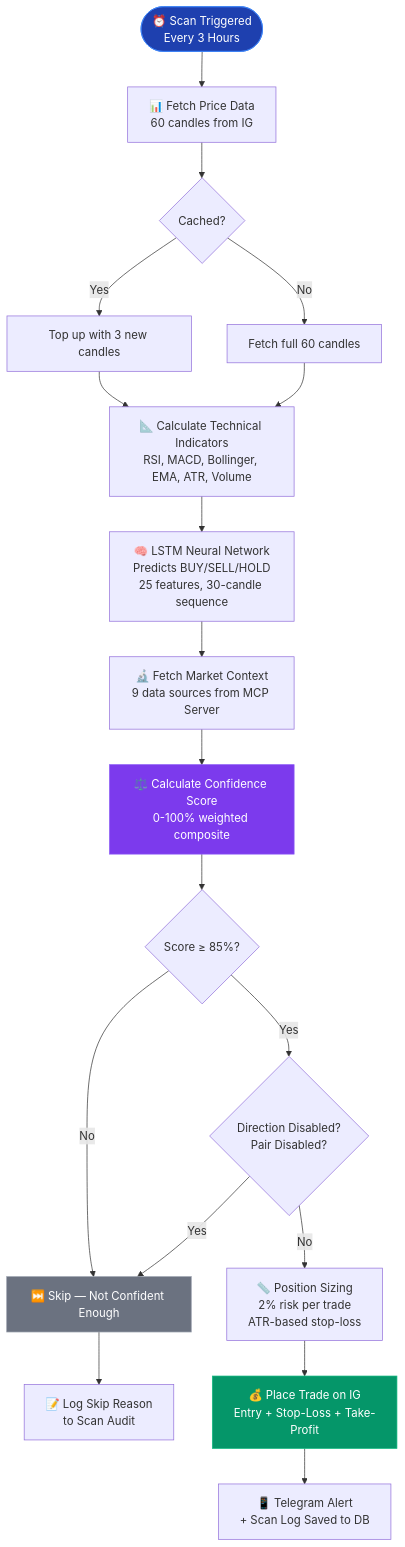
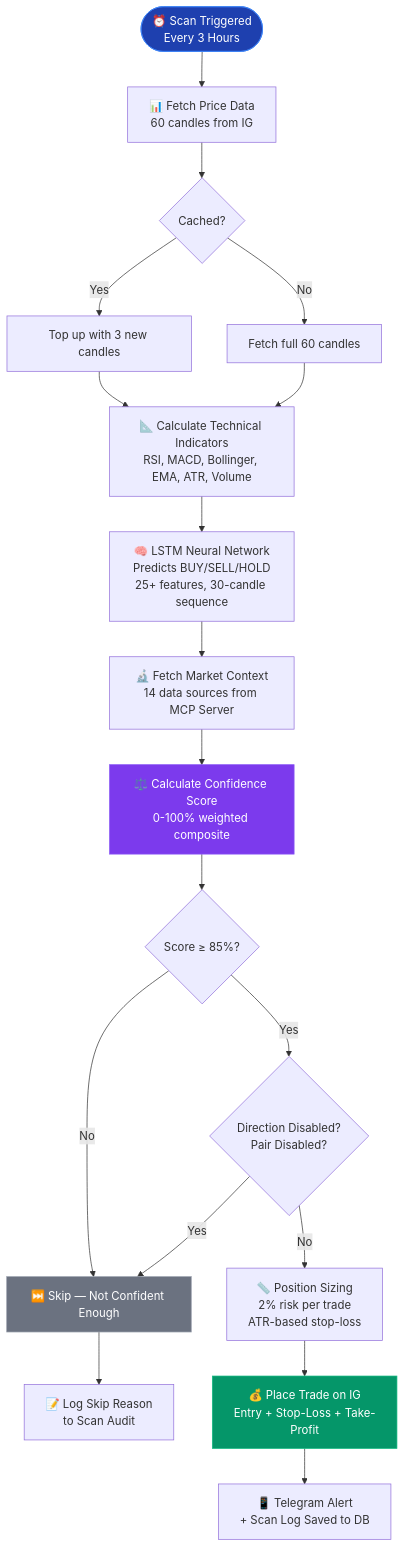
The second of 11 diagrams in docs/ARCHITECTURE.md (joegooderham/ai-trader-bot), drawn with Mermaid before and after one commit. The commit also changed other lines of this file and 8 other files, not shown here.

First line of the commit message:
docs: update all documentation for 14 data sources, FinBERT, VIX/DXY/yield

````diff
--- a/docs/ARCHITECTURE.md
+++ b/docs/ARCHITECTURE.md
@@ -76,36 +84,36 @@
 ```mermaid
 flowchart TD
     START([⏰ Scan Triggered<br/>Every 3 Hours]) --> FETCH[📊 Fetch Price Data<br/>60 candles from IG]
     FETCH --> CACHE{Cached?}
     CACHE -->|Yes| TOP_UP[Top up with 3 new candles]
     CACHE -->|No| FULL[Fetch full 60 candles]
     TOP_UP --> INDICATORS
     FULL --> INDICATORS
 
     INDICATORS[📐 Calculate Technical Indicators<br/>RSI, MACD, Bollinger, EMA, ATR, Volume] --> LSTM
 
-    LSTM[🧠 LSTM Neural Network<br/>Predicts BUY/SELL/HOLD<br/>25 features, 30-candle sequence] --> MCP_CTX
+    LSTM[🧠 LSTM Neural Network<br/>Predicts BUY/SELL/HOLD<br/>25+ features, 30-candle sequence] --> MCP_CTX
 
-    MCP_CTX[🔬 Fetch Market Context<br/>9 data sources from MCP Server] --> CONFIDENCE
+    MCP_CTX[🔬 Fetch Market Context<br/>14 data sources from MCP Server] --> CONFIDENCE
 
     CONFIDENCE[⚖️ Calculate Confidence Score<br/>0-100% weighted composite] --> CHECK{Score ≥ 85%?}
 
     CHECK -->|No| SKIP[⏭️ Skip — Not Confident Enough]
     CHECK -->|Yes| GUARDS
 
     GUARDS{Direction Disabled?<br/>Pair Disabled?} -->|Yes| SKIP
     GUARDS -->|No| SIZE
 
     SIZE[📏 Position Sizing<br/>2% risk per trade<br/>ATR-based stop-loss] --> TRADE
 
     TRADE[💰 Place Trade on IG<br/>Entry + Stop-Loss + Take-Profit] --> NOTIFY
 
     NOTIFY[📱 Telegram Alert<br/>+ Scan Log Saved to DB]
 
     SKIP --> LOG[📝 Log Skip Reason<br/>to Scan Audit]
 
     style START fill:#1e40af,stroke:#3b82f6,color:#fff
     style CONFIDENCE fill:#7c3aed,stroke:#8b5cf6,color:#fff
     style TRADE fill:#059669,stroke:#10b981,color:#fff
     style SKIP fill:#6b7280,stroke:#9ca3af,color:#fff
 ```
````
